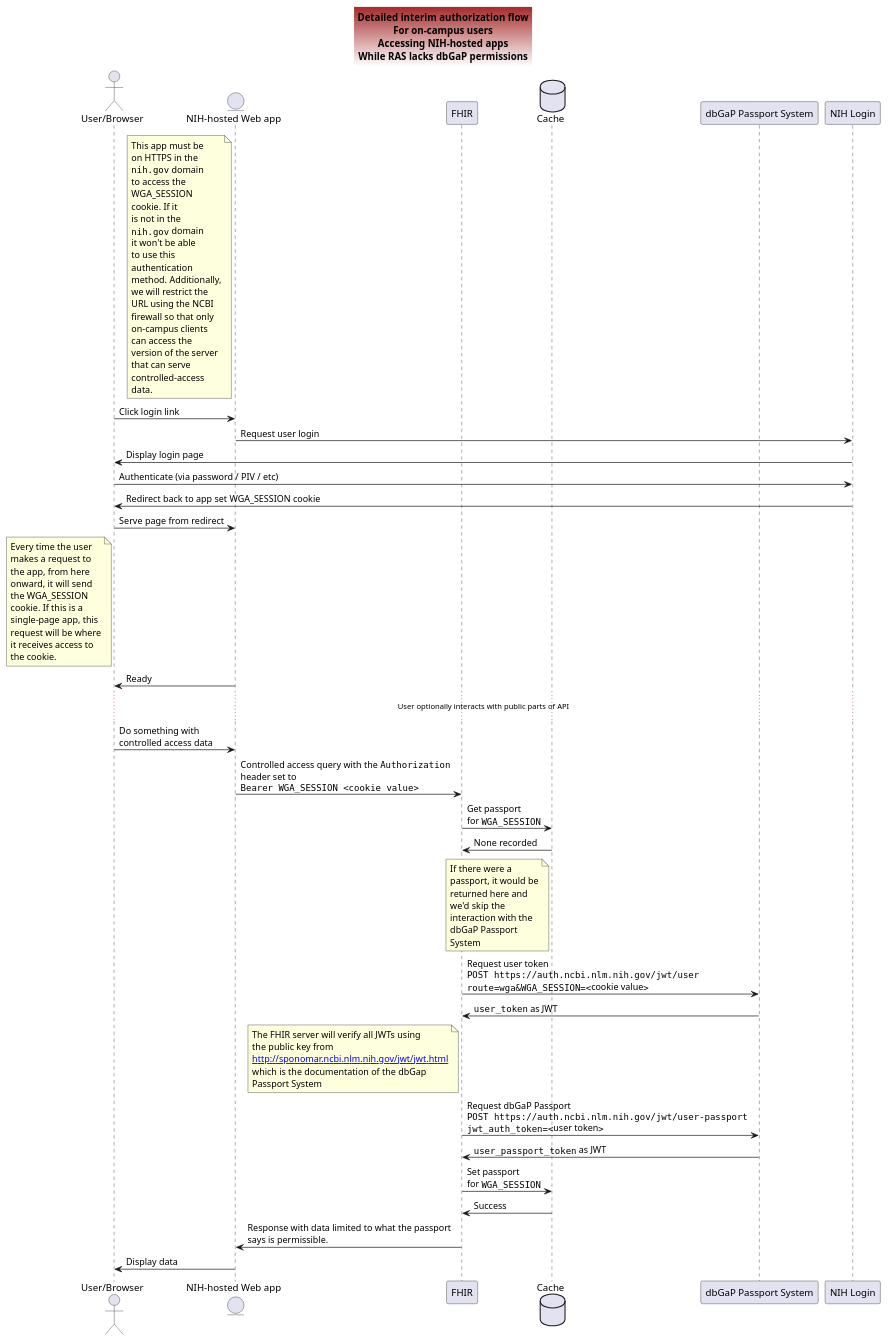
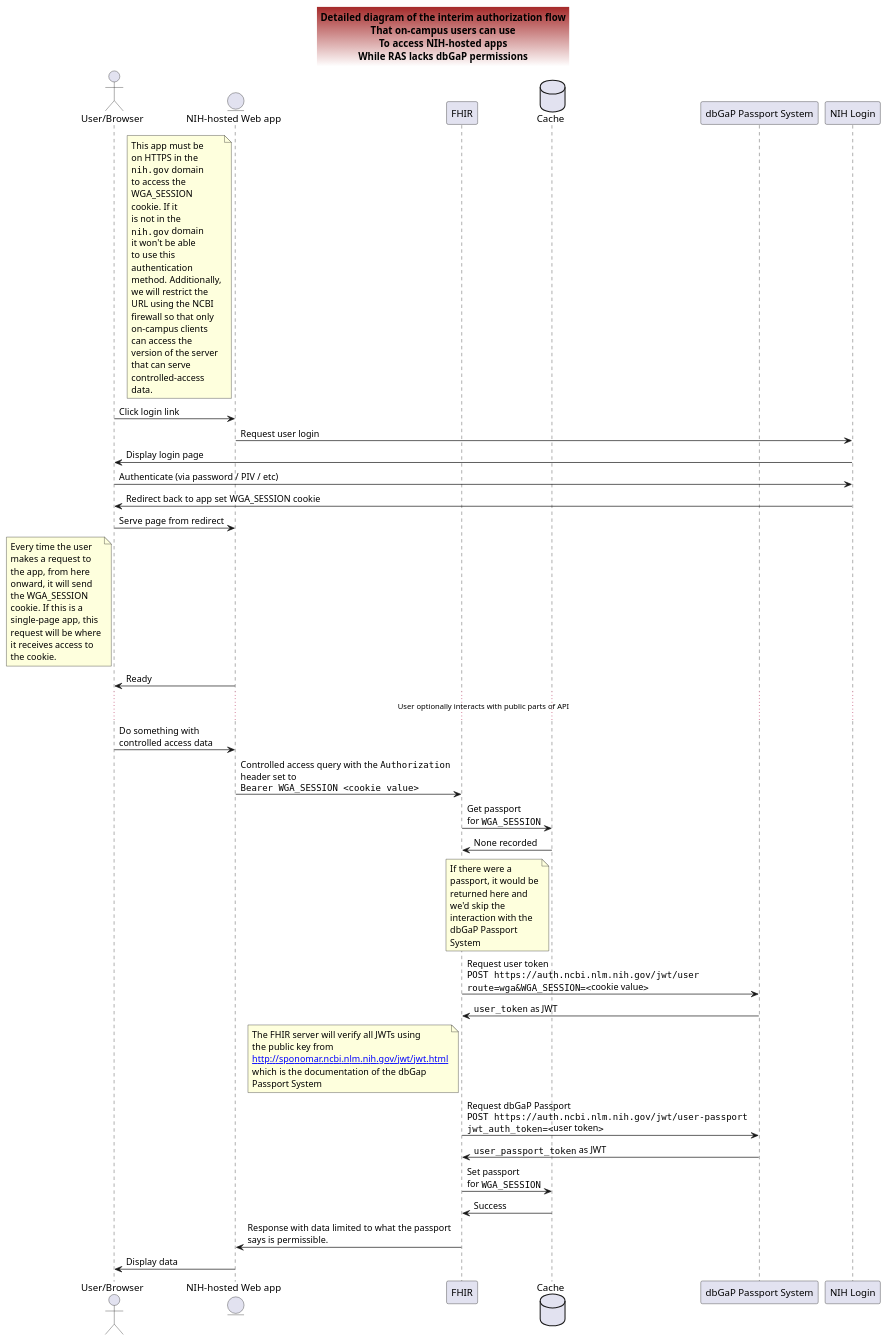
One commit to RadixSeven/RAS-FHIR-Flow changed the diagram in uml/wga_session_flow.plantuml. Above: the diagram before and after it, drawn with PlantUML.

Commit message:
Disambiguate title on main diagram

```diff
--- a/uml/wga_session_flow.plantuml
+++ b/uml/wga_session_flow.plantuml
@@ -1,100 +1,100 @@
 @startuml "wga_session_flow"
 ''''''''''''''''''
 'This is a proposed interim flow to use while we wait for full authorization solutions to come online
 '
 'It uses authentication to do authorization but is limited to users in the nih domain, so it should be OK as a
 'temporary measure.
 ''''''''''''''''''
 skinparam titleBackgroundColor Brown-White
 skinparam titleBorderThickness 1
 
 title
-Detailed interim authorization flow
-For on-campus users
-Accessing NIH-hosted apps
+Detailed diagram of the interim authorization flow
+That on-campus users can use
+To access NIH-hosted apps
 While RAS lacks dbGaP permissions
 end title
 
 
 actor "User/Browser" as User
 entity "NIH-hosted Web app" as App
 participant "FHIR" as Fhir
 database "Cache" as Cache
 participant "dbGaP Passport System" as dbGap
 participant "NIH Login" as NihLogin
 
 note left of App
 This app must be
 on HTTPS in the
 ""nih.gov"" domain
 to access the
 WGA_SESSION
 cookie. If it
 is not in the
 ""nih.gov"" domain
 it won't be able
 to use this
 authentication
 method. Additionally,
 we will restrict the
 URL using the NCBI
 firewall so that only
 on-campus clients
 can access the
 version of the server
 that can serve
 controlled-access
 data.
 end note
 
 User -> App : Click login link
 App -> NihLogin : Request user login
 NihLogin -> User: Display login page
 User -> NihLogin: Authenticate (via password / PIV / etc)
 NihLogin -> User: Redirect back to app set WGA_SESSION cookie
 User -> App: Serve page from redirect
 note left of User
 Every time the user
 makes a request to
 the app, from here
 onward, it will send
 the WGA_SESSION
 cookie. If this is a
 single-page app, this
 request will be where
 it receives access to
 the cookie.
 end note
 App -> User : Ready
 
 ... User optionally interacts with public parts of API ...
 
 User -> App: Do something with\ncontrolled access data
 App -> Fhir: Controlled access query with the ""Authorization""\nheader set to\n""Bearer WGA_SESSION <cookie value>""
 Fhir -> Cache: Get passport\nfor ""WGA_SESSION""
 Cache -> Fhir: None recorded
 note left of Cache
 If there were a
 passport, it would be
 returned here and
 we'd skip the
 interaction with the
 dbGaP Passport
 System
 end note
 Fhir -> dbGap: Request user token\n""POST https://auth.ncbi.nlm.nih.gov/jwt/user""\n""route=wga&WGA_SESSION=<""cookie value"">""
 dbGap -> Fhir: ""user_token"" as JWT
 note left of Fhir
 The FHIR server will verify all JWTs using
 the public key from
 [[http://sponomar.ncbi.nlm.nih.gov/jwt/jwt.html]]
 which is the documentation of the dbGap
 Passport System
 end note
 Fhir -> dbGap: Request dbGaP Passport\n""POST https://auth.ncbi.nlm.nih.gov/jwt/user-passport""\n""jwt_auth_token=<""user token"">""
 dbGap -> Fhir: ""user_passport_token"" as JWT
 Fhir -> Cache: Set passport\nfor ""WGA_SESSION""
 Cache -> Fhir: Success
 Fhir -> App: Response with data limited to what the passport\nsays is permissible.
 App -> User: Display data
 @enduml
```
